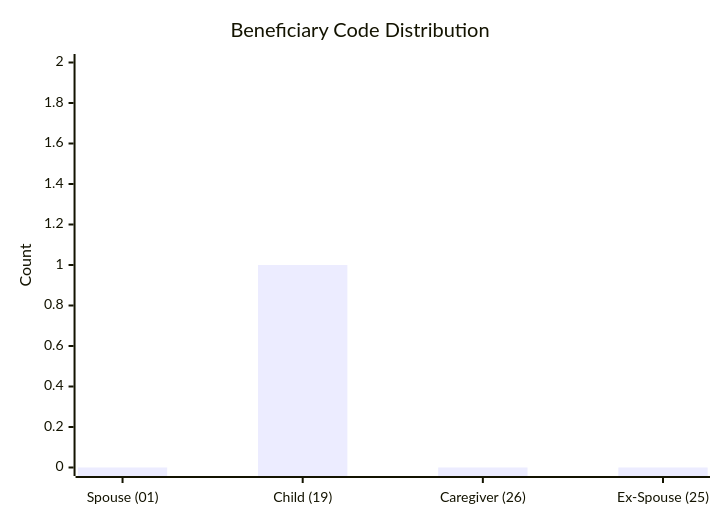
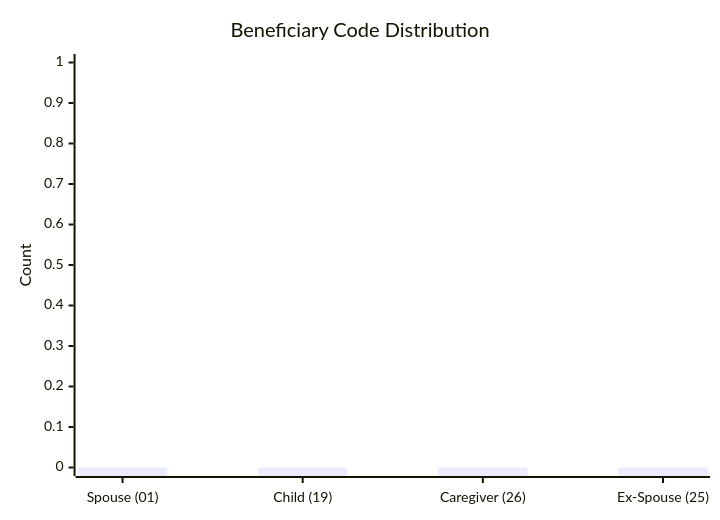
The eighth of 11 diagrams in test-tools/DataGen/src/Statistics_Visualizer.md (dhagan-va/intern-2025), drawn with Mermaid before and after one commit. The commit also changed other lines of this file and 2 other files, not shown here.

````diff
--- a/test-tools/DataGen/src/Statistics_Visualizer.md
+++ b/test-tools/DataGen/src/Statistics_Visualizer.md
@@ -89,7 +89,7 @@
 ```mermaid
 xychart-beta
     title "Beneficiary Code Distribution"
     x-axis ["Spouse (01)", "Child (19)", "Caregiver (26)", "Ex-Spouse (25)"]
-    y-axis "Count" 0 --> 2
-    bar [0, 1, 0, 0]
+    y-axis "Count" 0 --> 1
+    bar [0, 0, 0, 0]
 ```
````
